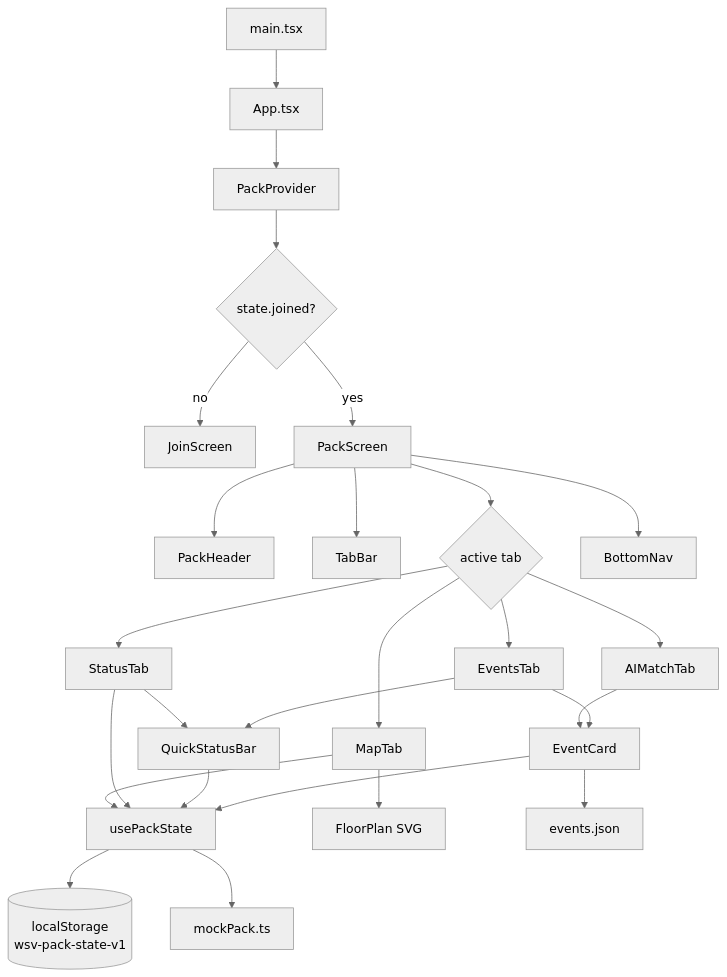
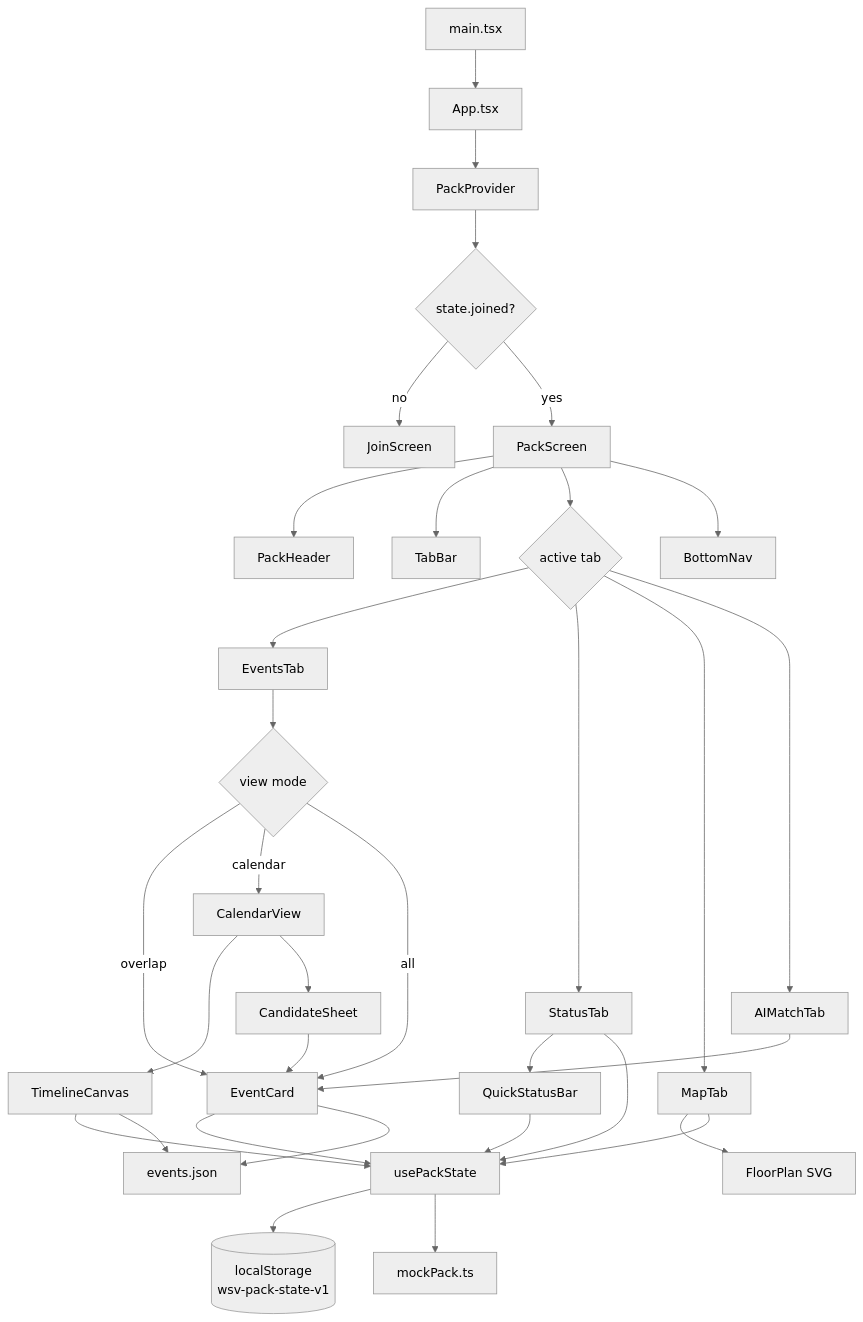
One commit to Toricane/web-summit-hackathon changed the diagram in AGENTS.md. Above: the diagram before and after it, drawn with Mermaid (neutral theme). The commit also changed other lines of this file and 5 other files, not shown here.

Commit message:
feat: better integration of events timeline

````diff
--- a/AGENTS.md
+++ b/AGENTS.md
@@ -29,28 +30,35 @@
 ```mermaid
 flowchart TD
-    Main[main.tsx] --> App[App.tsx]
-    App --> Provider[PackProvider]
-    Provider --> Router{state.joined?}
-    Router -->|no| Join[JoinScreen]
-    Router -->|yes| Pack[PackScreen]
-    Pack --> Header[PackHeader]
-    Pack --> Tabs[TabBar]
-    Pack --> Body{active tab}
-    Pack --> Nav[BottomNav]
-    Body --> Events[EventsTab]
-    Body --> Status[StatusTab]
-    Body --> Map[MapTab]
-    Body --> AI[AIMatchTab]
-    Events --> Card[EventCard]
-    AI --> Card
-    Events --> QSB[QuickStatusBar]
-    Status --> QSB
-    Card --> Hook[usePackState]
-    QSB --> Hook
-    Status --> Hook
-    Map --> FloorPlan[FloorPlan SVG]
-    Map --> Hook
-    Hook --> Storage[(localStorage<br/>wsv-pack-state-v1)]
-    Hook --> MockData[mockPack.ts]
-    Card --> EventsData[events.json]
+ Main[main.tsx] --> App[App.tsx]
+ App --> Provider[PackProvider]
+ Provider --> Router{state.joined?}
+ Router -->|no| Join[JoinScreen]
+ Router -->|yes| Pack[PackScreen]
+ Pack --> Header[PackHeader]
+ Pack --> Tabs[TabBar]
+ Pack --> Body{active tab}
+ Pack --> Nav[BottomNav]
+ Body --> Events[EventsTab]
+ Body --> Status[StatusTab]
+ Body --> Map[MapTab]
+ Body --> AI[AIMatchTab]
+ Events --> ViewMode{view mode}
+ ViewMode -->|overlap| Card[EventCard]
+ ViewMode -->|calendar| Calendar[CalendarView]
+ ViewMode -->|all| Card
+ Calendar --> Timeline[TimelineCanvas]
+ Calendar --> Candidates[CandidateSheet]
+ Candidates --> Card
+ AI --> Card
+ Status --> QSB[QuickStatusBar]
+ Card --> Hook[usePackState]
+ QSB --> Hook
+ Status --> Hook
+ Timeline --> Hook
+ Map --> FloorPlan[FloorPlan SVG]
+ Map --> Hook
+ Hook --> Storage[(localStorage<br/>wsv-pack-state-v1)]
+ Hook --> MockData[mockPack.ts]
+ Card --> EventsData[events.json]
+ Timeline --> EventsData
 ```
````
